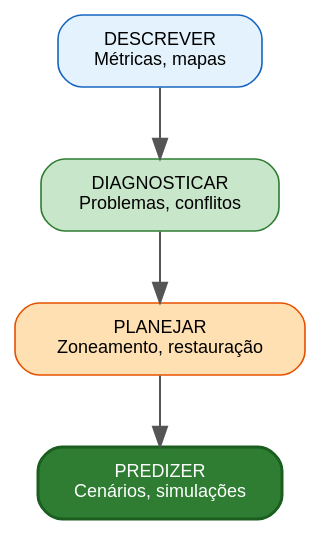
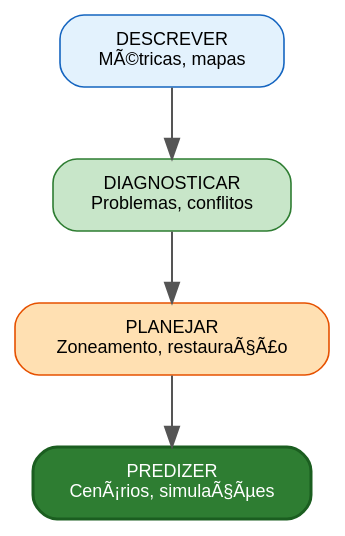
The first of 2 diagrams in aulas/analise_paisagem/extras/modelagem_quantitativa_paisagem/modelagem_quantitativa_paisagem.qmd (ldvsantos/cv), drawn with Graphviz before and after one commit. The commit also changed other lines of this file and 466 other files, not shown here.

````diff
--- a/aulas/analise_paisagem/extras/modelagem_quantitativa_paisagem/modelagem_quantitativa_paisagem.qmd
+++ b/aulas/analise_paisagem/extras/modelagem_quantitativa_paisagem/modelagem_quantitativa_paisagem.qmd
@@ -68,17 +66,17 @@
 ```{dot}
-//| fig-cap: "Progressão analítica: de descritivo a preditivo."
+//| fig-cap: "ProgressÃ£o analÃ­tica: de descritivo a preditivo."
 //| fig-width: 5
 digraph {
     rankdir=TB
     bgcolor="transparent"
     node [shape=box, style="rounded,filled", fontname="Helvetica", fontsize=9, margin="0.2,0.1", penwidth=0.8]
     edge [color="#555555", penwidth=1.0]
 
-    D [label="DESCREVER\nMétricas, mapas", fillcolor="#E3F2FD", color="#1565C0"]
+    D [label="DESCREVER\nMÃ©tricas, mapas", fillcolor="#E3F2FD", color="#1565C0"]
     DI [label="DIAGNOSTICAR\nProblemas, conflitos", fillcolor="#C8E6C9", color="#2E7D32"]
-    PL [label="PLANEJAR\nZoneamento, restauração", fillcolor="#FFE0B2", color="#E65100"]
-    PR [label="PREDIZER\nCenários, simulações", fillcolor="#2E7D32", fontcolor="white", color="#1B5E20", penwidth=1.5]
+    PL [label="PLANEJAR\nZoneamento, restauraÃ§Ã£o", fillcolor="#FFE0B2", color="#E65100"]
+    PR [label="PREDIZER\nCenÃ¡rios, simulaÃ§Ãµes", fillcolor="#2E7D32", fontcolor="white", color="#1B5E20", penwidth=1.5]
 
     D -> DI -> PL -> PR
 }
 ```
````
